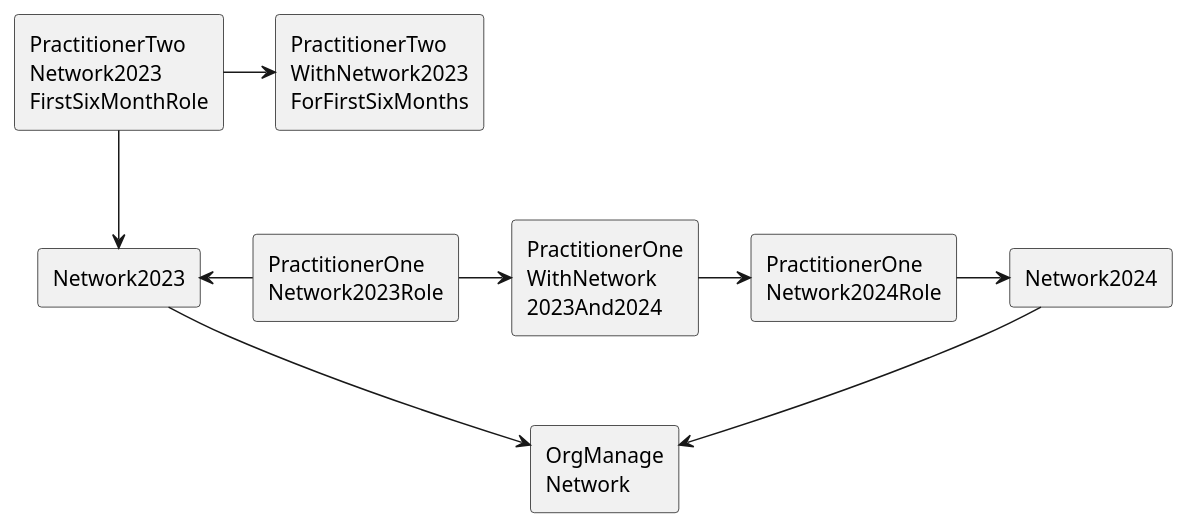
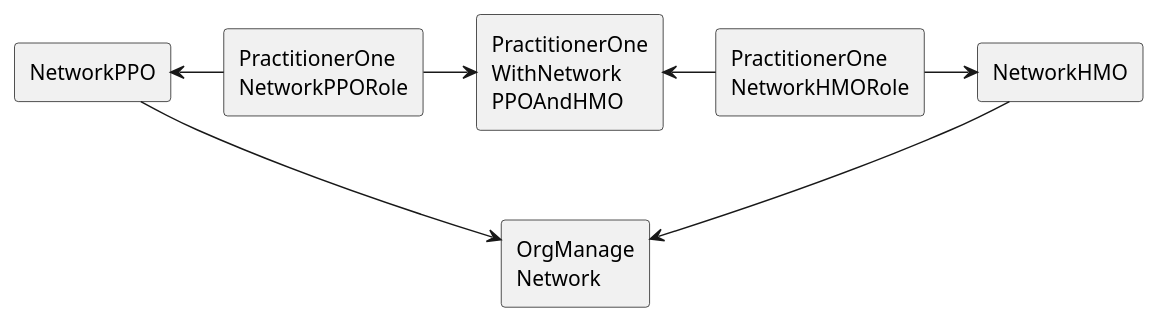
Before and after one commit to HL7/fhir-us-ndh: the diagram in input/images-source/UsecaseRel.plantuml, drawn with PlantUML. The commit also changed 16 other files, not shown here.

```diff
--- a/input/images-source/UsecaseRel.plantuml
+++ b/input/images-source/UsecaseRel.plantuml
@@ -1,23 +1,21 @@
 @startuml
 
-agent "Network2023" as Network2023
-agent "Network2024" as Network2024
+agent "NetworkPPO" as NetworkPPO
+agent "NetworkHMO" as NetworkHMO
 agent "OrgManage\nNetwork" as OrgManageNetwork
-agent "PractitionerOne\nWithNetwork\n2023And2024" as PractitionerOneWithNetwork2023And2024
-agent "PractitionerTwo\nWithNetwork2023\nForFirstSixMonths" as PractitionerTwoWithNetwork2023ForFirstSixMonths
-agent "PractitionerOne\nNetwork2023Role" as PractitionerOneNetwork2023Role
-agent "PractitionerOne\nNetwork2024Role" as PractitionerOneNetwork2024Role
-agent "PractitionerTwo\nNetwork2023\nFirstSixMonthRole" as PractitionerTwoNetwork2023FirstSixMonthRole
+agent "PractitionerOne\nWithNetwork\nPPOAndHMO" as PractitionerOneWithNetworkPPOAndHMO
+agent "PractitionerOne\nNetworkPPORole" as PractitionerOneNetworkPPORole
+agent "PractitionerOne\nNetworkHMORole" as PractitionerOneNetworkHMORole
 
 
-PractitionerOneNetwork2023Role -right-> PractitionerOneWithNetwork2023And2024
-PractitionerOneNetwork2023Role -left-> Network2023
-PractitionerOneWithNetwork2023And2024 -right-> PractitionerOneNetwork2024Role
-PractitionerOneNetwork2024Role -right-> Network2024
-Network2023 -down-> OrgManageNetwork
-Network2024 -down-> OrgManageNetwork
+PractitionerOneNetworkPPORole -right-> PractitionerOneWithNetworkPPOAndHMO
+PractitionerOneNetworkPPORole -left-> NetworkPPO
 
-PractitionerTwoNetwork2023FirstSixMonthRole -right-> PractitionerTwoWithNetwork2023ForFirstSixMonths
-PractitionerTwoNetwork2023FirstSixMonthRole -down-> Network2023
+PractitionerOneNetworkHMORole -left-> PractitionerOneWithNetworkPPOAndHMO
+PractitionerOneNetworkHMORole -right-> NetworkHMO
+NetworkPPO -down-> OrgManageNetwork
+NetworkHMO -down-> OrgManageNetwork
+
+
 
 @enduml
```
